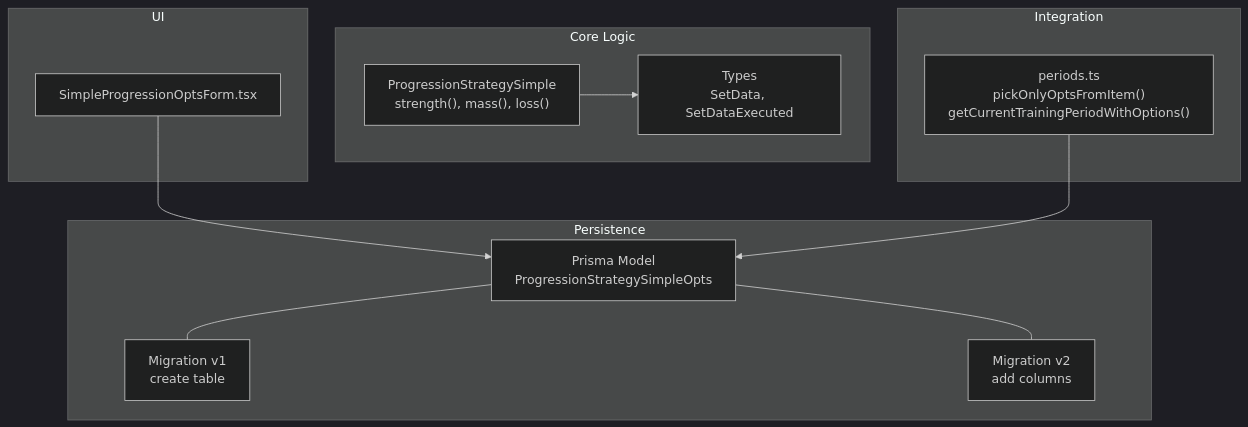
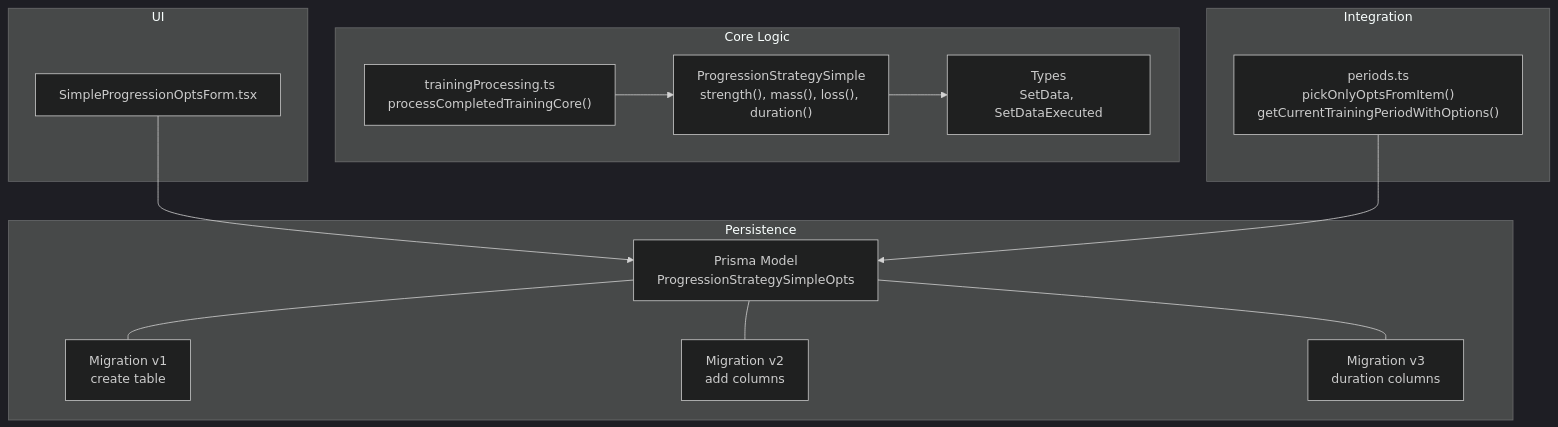
The first of 9 diagrams in .qoder/repowiki/en/content/Core Business Logic/Progression Strategies.md (Dezzpil/meingym), drawn with Mermaid (dark theme) before and after one commit. The commit also changed other lines of this file and 12 other files, not shown here.

````diff
--- a/.qoder/repowiki/en/content/Core Business Logic/Progression Strategies.md
+++ b/.qoder/repowiki/en/content/Core Business Logic/Progression Strategies.md
@@ -33,23 +37,27 @@
 ```mermaid
 graph TB
 subgraph "Core Logic"
-S["ProgressionStrategySimple<br/>strength(), mass(), loss()"]
+S["ProgressionStrategySimple<br/>strength(), mass(), loss(), duration()"]
 T["Types<br/>SetData, SetDataExecuted"]
+TP["trainingProcessing.ts<br/>processCompletedTrainingCore()"]
 end
 subgraph "Persistence"
 P["Prisma Model<br/>ProgressionStrategySimpleOpts"]
 M1["Migration v1<br/>create table"]
 M2["Migration v2<br/>add columns"]
+M3["Migration v3<br/>duration columns"]
 end
 subgraph "UI"
 F["SimpleProgressionOptsForm.tsx"]
 end
 subgraph "Integration"
 C["periods.ts<br/>pickOnlyOptsFromItem()<br/>getCurrentTrainingPeriodWithOptions()"]
 end
 S --> T
+TP --> S
 F --> P
 C --> P
 P --- M1
 P --- M2
+P --- M3
 ```
````
